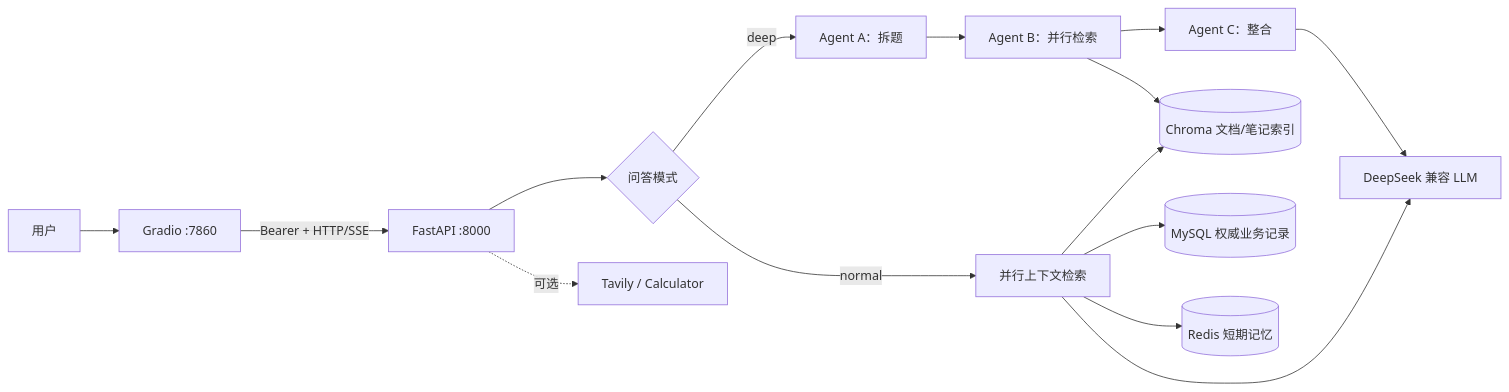
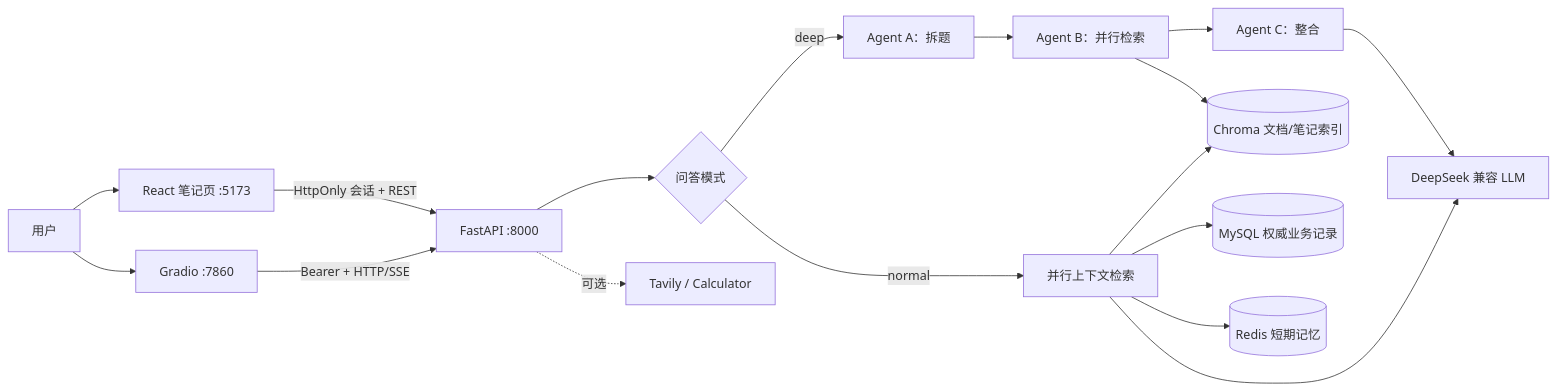
One commit to louwangss/ai-knowledge-qa changed the diagram in README.md. Above: the diagram before and after it, drawn with Mermaid. The commit also changed other lines of this file and 28 other files, not shown here.

````diff
--- a/README.md
+++ b/README.md
@@ -18,19 +18,21 @@
 ```mermaid
 flowchart LR
     U["用户"] --> G["Gradio :7860"]
+    U --> W["React 笔记页 :5173"]
     G -->|"Bearer + HTTP/SSE"| A["FastAPI :8000"]
+    W -->|"HttpOnly 会话 + REST"| A
 
     A --> M{"问答模式"}
     M -->|"normal"| R["并行上下文检索"]
     M -->|"deep"| D["Agent A：拆题"]
     D --> E["Agent B：并行检索"]
     E --> S["Agent C：整合"]
 
     R --> C[("Chroma 文档/笔记索引")]
     E --> C
     R --> MY[("MySQL 权威业务记录")]
     R --> RE[("Redis 短期记忆")]
     R --> L["DeepSeek 兼容 LLM"]
     S --> L
     A -. "可选" .-> T["Tavily / Calculator"]
 ```
````
